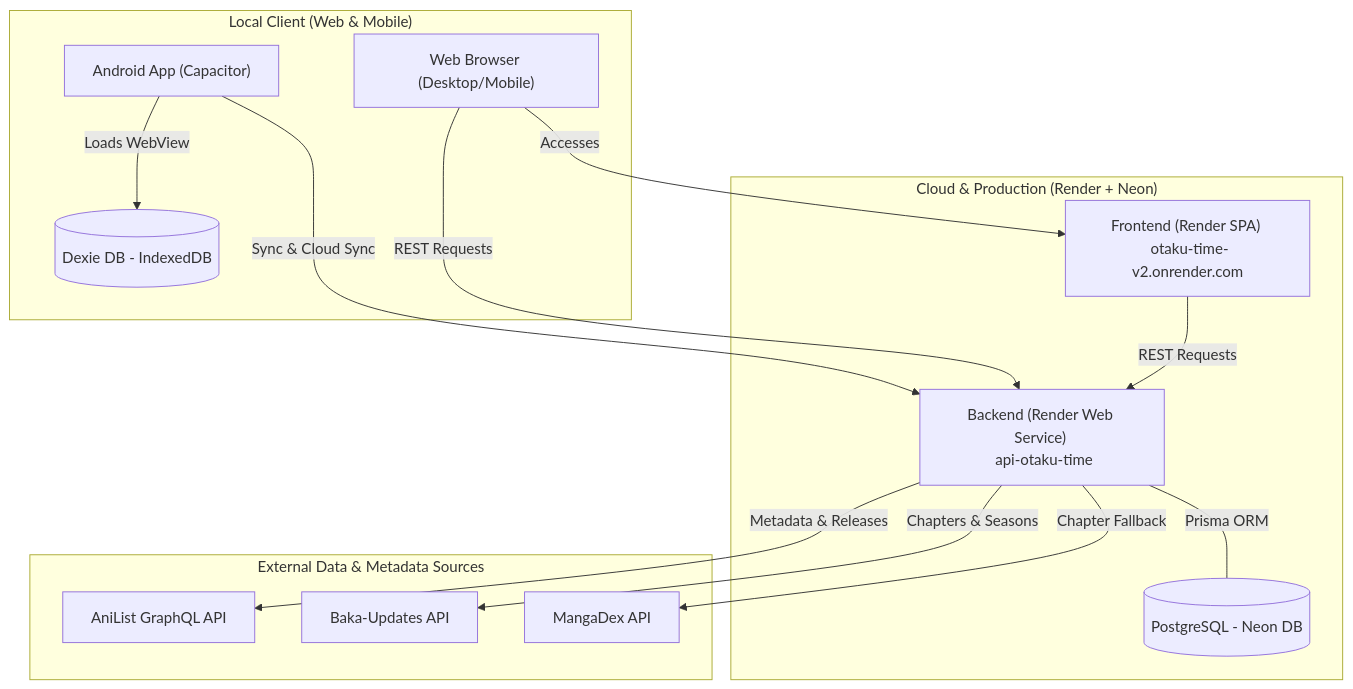
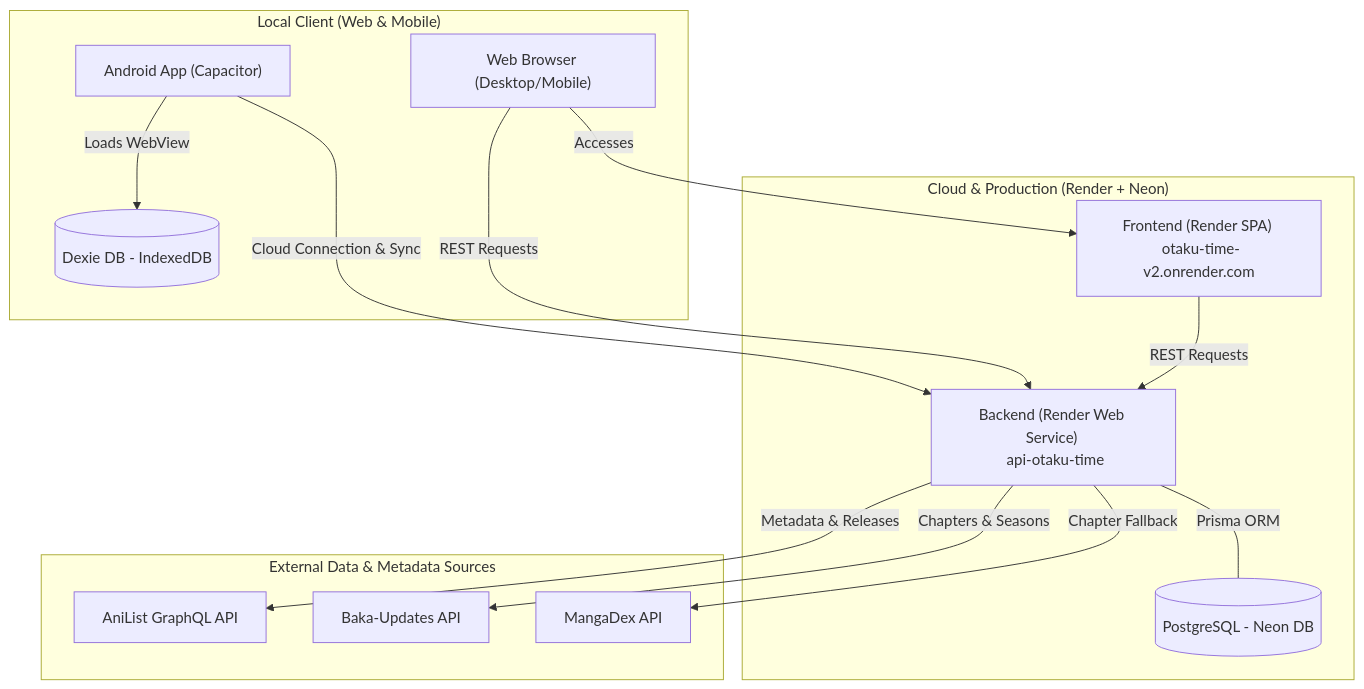
Before and after one commit to Braz55/Otaku-Time-v2: the first of 2 diagrams in README.md, drawn with Mermaid. The commit also changed other lines of this file and 4 other files, not shown here.

````diff
--- a/README.md
+++ b/README.md
@@ -63,34 +63,34 @@
 ```mermaid
 flowchart TD
     subgraph Cloud ["Cloud & Production (Render + Neon)"]
         FE_Render["Frontend (Render SPA) \n otaku-time-v2.onrender.com"]
         BE_Render["Backend (Render Web Service) \n api-otaku-time"]
         DB_Neon[(PostgreSQL - Neon DB)]
     end
 
     subgraph Device ["Local Client (Web & Mobile)"]
         Browser["Web Browser (Desktop/Mobile)"]
         Capacitor["Android App (Capacitor)"]
         LocalDB[(Dexie DB - IndexedDB)]
     end
 
     subgraph External_Sources ["External Data & Metadata Sources"]
         AniList["AniList GraphQL API"]
         BakaUpdates["Baka-Updates API"]
         MangaDex["MangaDex API"]
     end
 
     %% Communication relationships
     Browser -->|Accesses| FE_Render
     Capacitor -->|Loads WebView| LocalDB
     
     FE_Render -->|REST Requests| BE_Render
     Browser -->|REST Requests| BE_Render
-    Capacitor -->|Sync & Cloud Sync| BE_Render
+    Capacitor -->|Cloud Connection & Sync| BE_Render
     
     BE_Render ---|"Prisma ORM"| DB_Neon
     
     BE_Render -->|Metadata & Releases| AniList
     BE_Render -->|Chapters & Seasons| BakaUpdates
     BE_Render -->|Chapter Fallback| MangaDex
 ```
````
